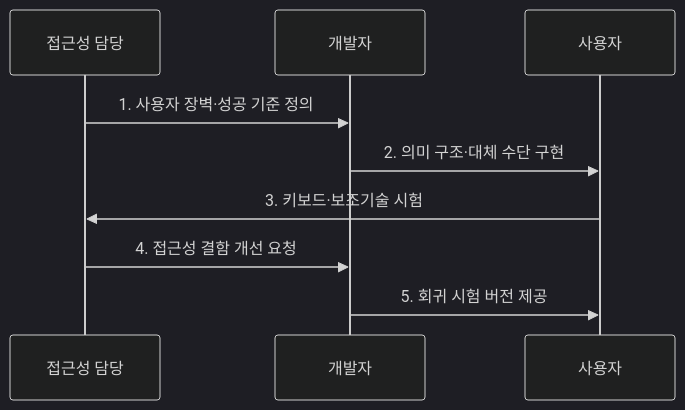
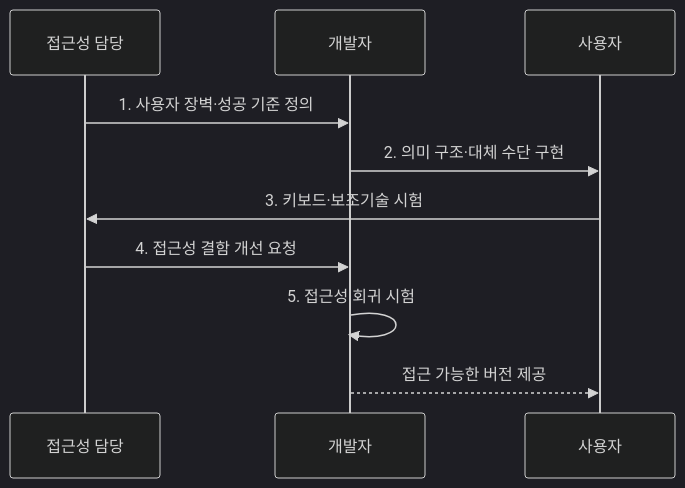
The second of 2 diagrams in src/content/docs/notes/07-law-policy/013_digital_accessibility_wcag.md (agnusdei1207/knowledge-base), drawn with Mermaid (dark theme) before and after one commit. The commit also changed other lines of this file and 20 other files, not shown here.

````diff
--- a/src/content/docs/notes/07-law-policy/013_digital_accessibility_wcag.md
+++ b/src/content/docs/notes/07-law-policy/013_digital_accessibility_wcag.md
@@ -75,11 +75,12 @@
 ```mermaid
 sequenceDiagram
     participant A as 접근성 담당
     participant D as 개발자
     participant U as 사용자
     A->>D: 1. 사용자 장벽·성공 기준 정의
     D->>U: 2. 의미 구조·대체 수단 구현
     U->>A: 3. 키보드·보조기술 시험
     A->>D: 4. 접근성 결함 개선 요청
-    D->>U: 5. 회귀 시험 버전 제공
+    D->>D: 5. 접근성 회귀 시험
+    D-->>U: 접근 가능한 버전 제공
 ```
````
